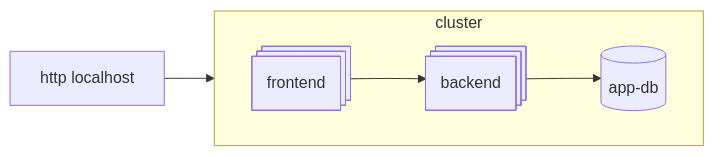
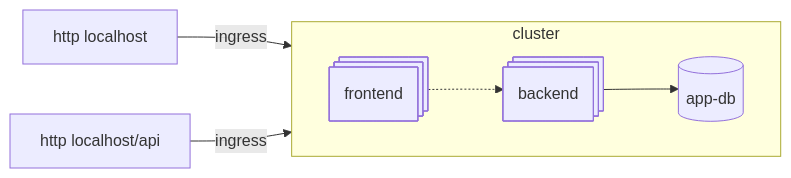
One commit to AndreyNautilus/learn-k8s changed the diagram in k8s-manifests/app/README.md. Above: the diagram before and after it, drawn with Mermaid. The commit also changed other lines of this file and 1 other file, not shown here.

Commit message:
feat(k8s): add backend ingress (#8)

````diff
--- a/k8s-manifests/app/README.md
+++ b/k8s-manifests/app/README.md
@@ -3,14 +3,15 @@
 ```mermaid
 flowchart LR
     frontend@{shape: procs}
     backend@{shape: procs}
     app_db[(app-db)]
 
     subgraph cluster
         direction LR
-        frontend --> backend
+        frontend -.-> backend
         backend --> app_db
     end
 
-    traffic[http localhost] --> cluster
+    traffic[http localhost] -- ingress --> frontend
+    traffic_api[http localhost/api] -- ingress --> backend
 ```
````
